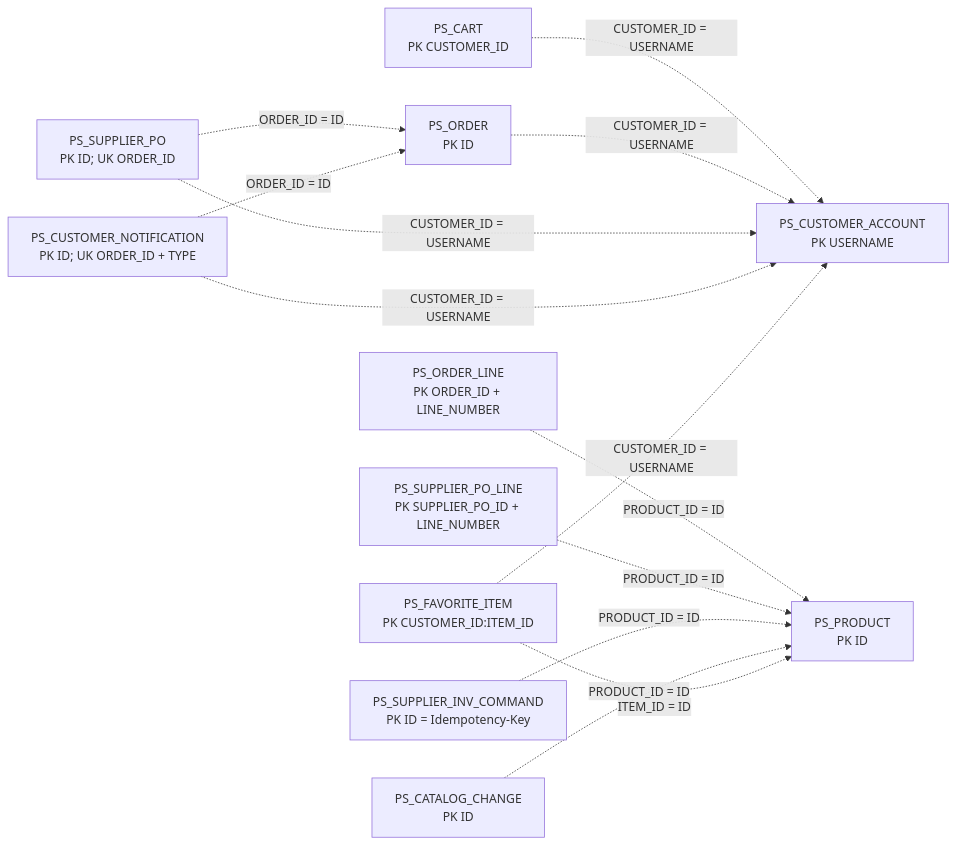
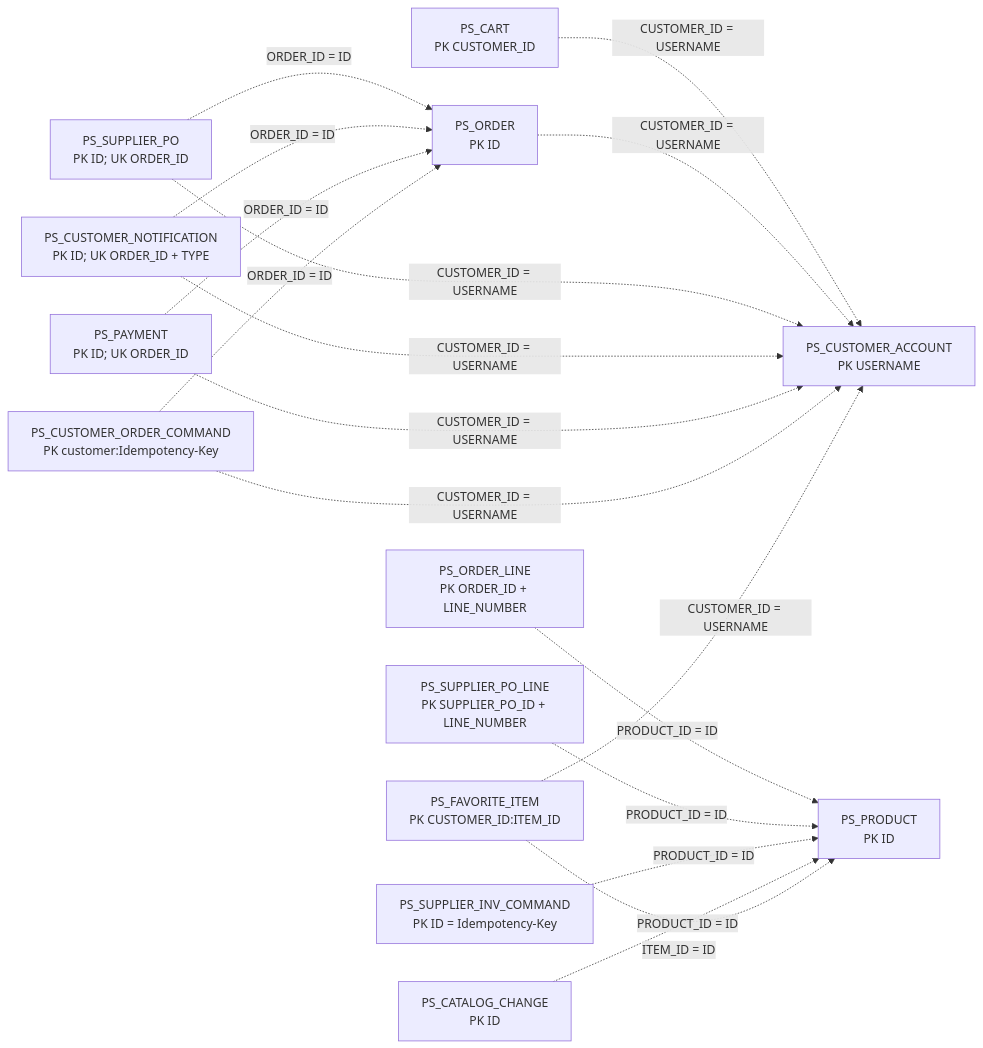
One commit to adityakulraj/petstore-modernized changed the second of 4 diagrams in docs/database-schema.md. Above: the diagram before and after it, drawn with Mermaid. The commit also changed other lines of this file and 56 other files, not shown here.

````diff
--- a/docs/database-schema.md
+++ b/docs/database-schema.md
@@ -180,27 +210,33 @@
 ```mermaid
 flowchart LR
     ACCOUNT["PS_CUSTOMER_ACCOUNT\nPK USERNAME"]
     CART["PS_CART\nPK CUSTOMER_ID"]
     PRODUCT["PS_PRODUCT\nPK ID"]
     ORDER["PS_ORDER\nPK ID"]
     ORDERLINE["PS_ORDER_LINE\nPK ORDER_ID + LINE_NUMBER"]
     PO["PS_SUPPLIER_PO\nPK ID; UK ORDER_ID"]
     POLINE["PS_SUPPLIER_PO_LINE\nPK SUPPLIER_PO_ID + LINE_NUMBER"]
     NOTICE["PS_CUSTOMER_NOTIFICATION\nPK ID; UK ORDER_ID + TYPE"]
     COMMAND["PS_SUPPLIER_INV_COMMAND\nPK ID = Idempotency-Key"]
+    PAYMENT["PS_PAYMENT\nPK ID; UK ORDER_ID"]
+    ORDERCOMMAND["PS_CUSTOMER_ORDER_COMMAND\nPK customer:Idempotency-Key"]
     CHANGE["PS_CATALOG_CHANGE\nPK ID"]
     FAVORITE["PS_FAVORITE_ITEM\nPK CUSTOMER_ID:ITEM_ID"]
 
     CART -.->|"CUSTOMER_ID = USERNAME"| ACCOUNT
     ORDER -.->|"CUSTOMER_ID = USERNAME"| ACCOUNT
     PO -.->|"CUSTOMER_ID = USERNAME"| ACCOUNT
     ORDERLINE -.->|"PRODUCT_ID = ID"| PRODUCT
     POLINE -.->|"PRODUCT_ID = ID"| PRODUCT
     PO -.->|"ORDER_ID = ID"| ORDER
     NOTICE -.->|"CUSTOMER_ID = USERNAME"| ACCOUNT
     NOTICE -.->|"ORDER_ID = ID"| ORDER
+    PAYMENT -.->|"CUSTOMER_ID = USERNAME"| ACCOUNT
+    PAYMENT -.->|"ORDER_ID = ID"| ORDER
+    ORDERCOMMAND -.->|"CUSTOMER_ID = USERNAME"| ACCOUNT
+    ORDERCOMMAND -.->|"ORDER_ID = ID"| ORDER
     COMMAND -.->|"PRODUCT_ID = ID"| PRODUCT
     CHANGE -.->|"PRODUCT_ID = ID"| PRODUCT
     FAVORITE -.->|"CUSTOMER_ID = USERNAME"| ACCOUNT
     FAVORITE -.->|"ITEM_ID = ID"| PRODUCT
 ```
````
